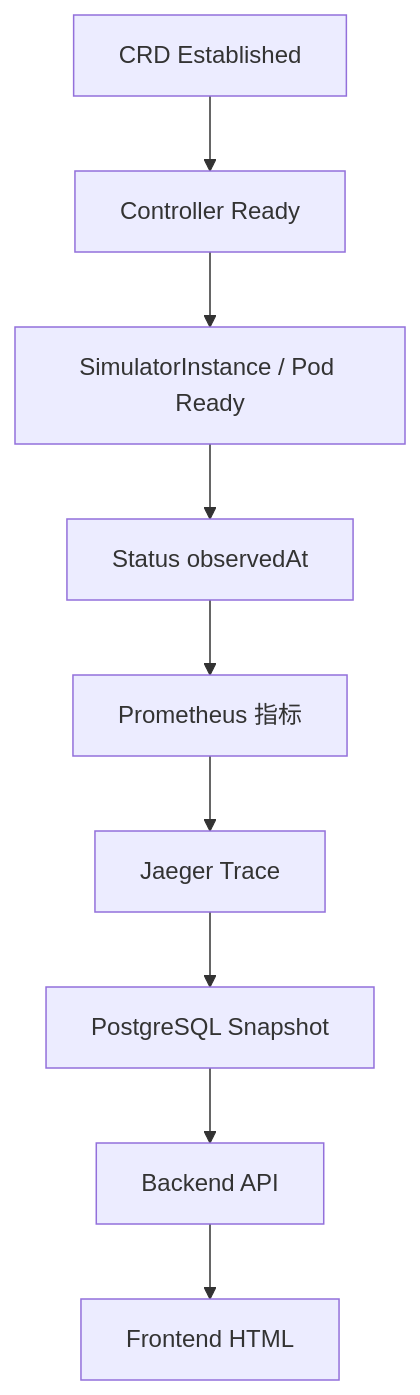
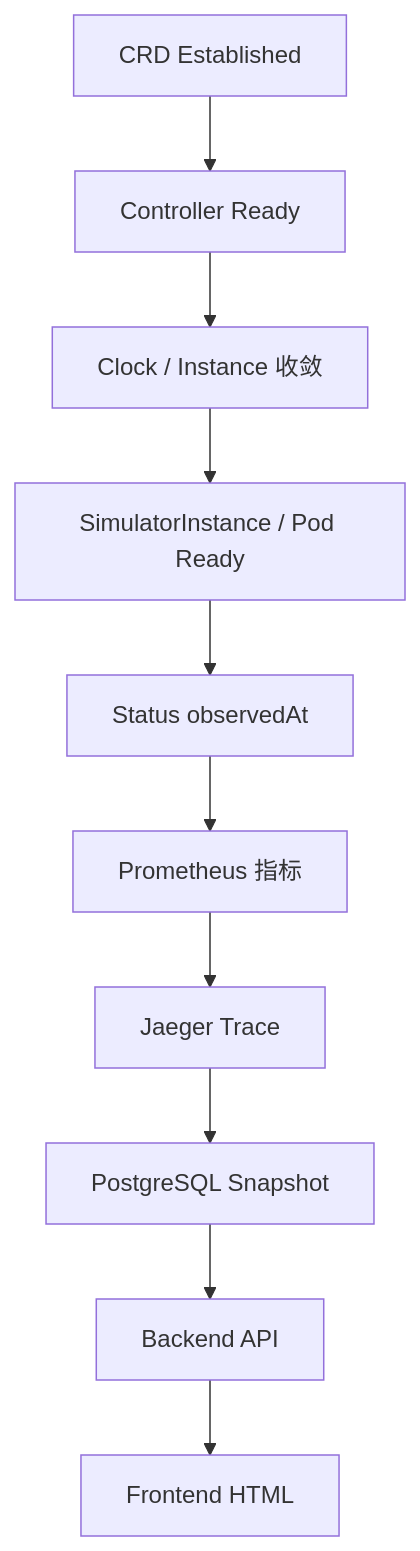
The diagram in docs/getting-started/VERIFICATION.md (3900563672/hello-k8s-ai), drawn with Mermaid before and after one commit. The commit also changed other lines of this file and 86 other files, not shown here.

````diff
--- a/docs/getting-started/VERIFICATION.md
+++ b/docs/getting-started/VERIFICATION.md
@@ -50,11 +50,12 @@
 ```mermaid
 flowchart TD
   A["CRD Established"] --> B["Controller Ready"]
-  B --> C["SimulatorInstance / Pod Ready"]
-  C --> D["Status observedAt"]
-  D --> E["Prometheus 指标"]
-  E --> F["Jaeger Trace"]
-  F --> G["PostgreSQL Snapshot"]
-  G --> H["Backend API"]
-  H --> I["Frontend HTML"]
+  B --> C["Clock / Instance 收敛"]
+  C --> D["SimulatorInstance / Pod Ready"]
+  D --> E["Status observedAt"]
+  E --> F["Prometheus 指标"]
+  F --> G["Jaeger Trace"]
+  G --> H["PostgreSQL Snapshot"]
+  H --> I["Backend API"]
+  I --> J["Frontend HTML"]
 ```
````
